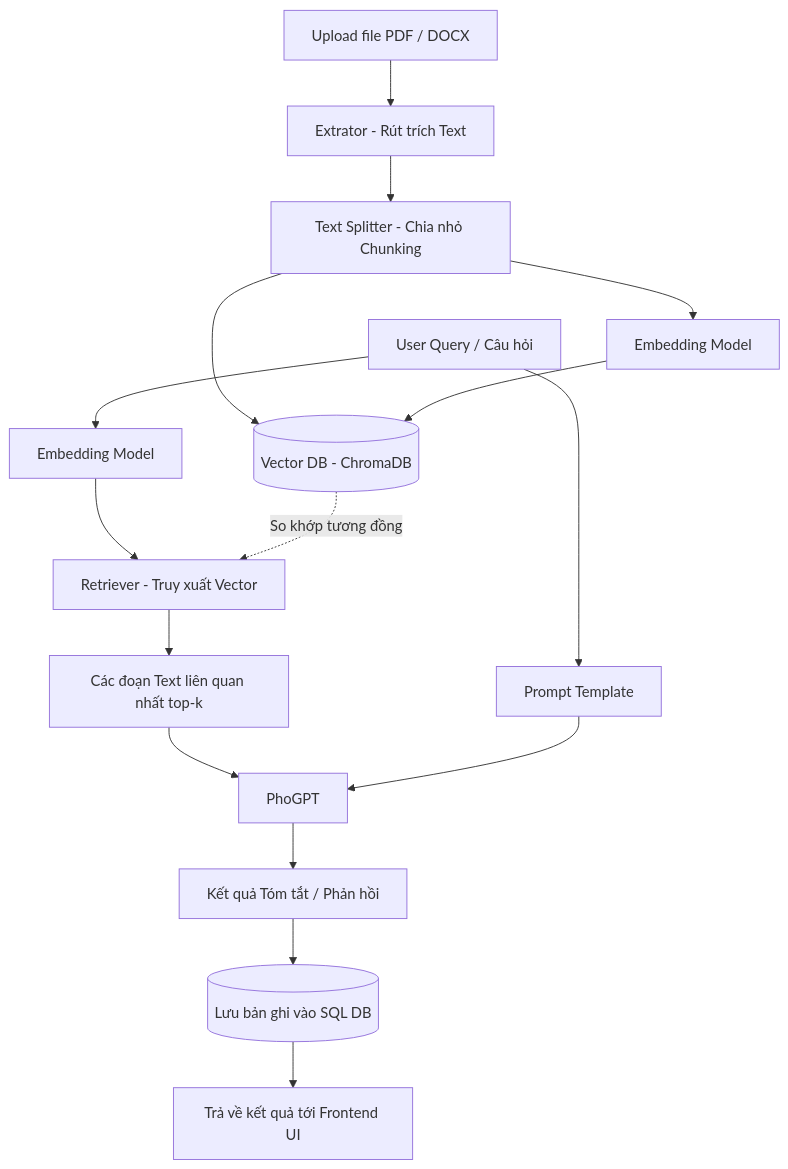
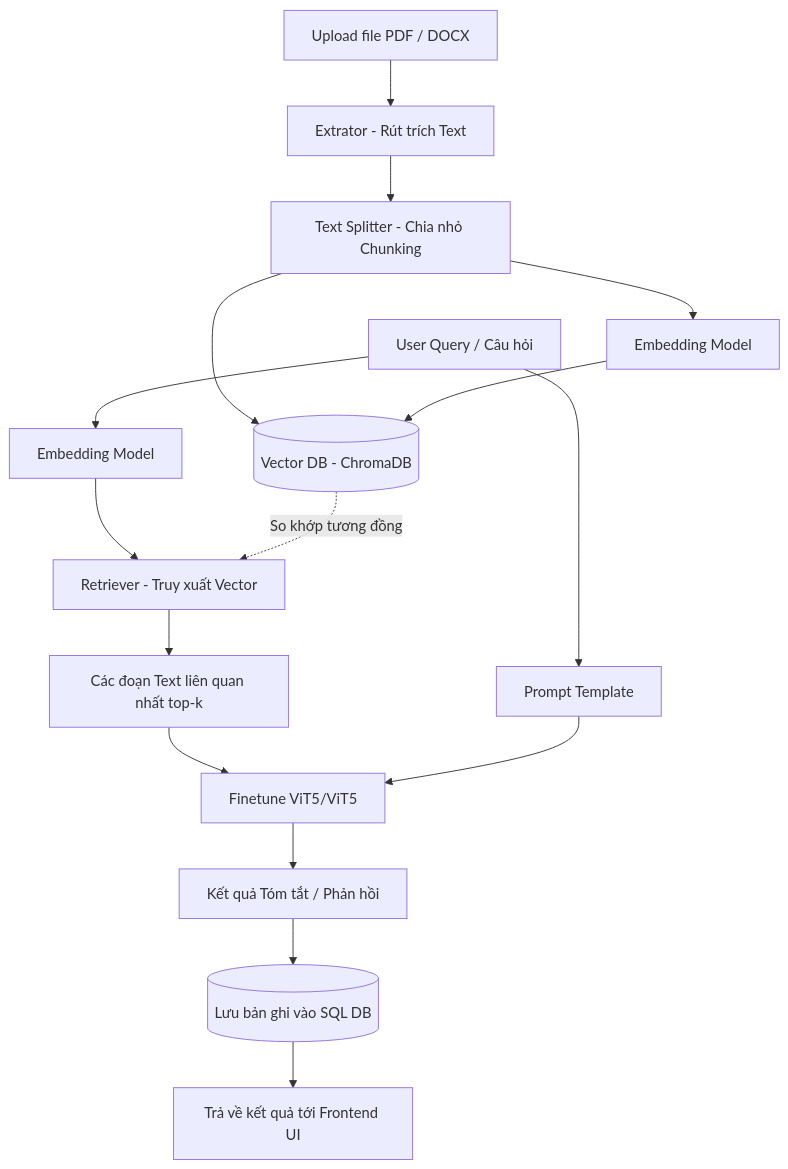
The fifth of 9 diagrams in README.md (kienng221105/Summarize-Vietnamese-Text), drawn with Mermaid before and after one commit. The commit also changed other lines of this file and 1 other file, not shown here.

````diff
--- a/README.md
+++ b/README.md
@@ -217,41 +217,41 @@
 ```mermaid
 
 flowchart TD
 
   %% Nhánh 1: Upload và lưu trữ
 
   A[Upload file PDF / DOCX] --> B[Extrator - Rút trích Text]
 
   B --> C[Text Splitter - Chia nhỏ Chunking]
 
   C --> D[Embedding Model]
 
   C --> E[(Vector DB - ChromaDB)]
 
   D --> E
 
   %% Nhánh 2: Truy vấn
 
   Q[User Query / Câu hỏi] --> QE[Embedding Model]
 
   QE --> F[Retriever - Truy xuất Vector]
 
   E -. So khớp tương đồng .-> F
 
   %% Nhánh 3: Hội tụ & Trả lời
 
   F --> G[Các đoạn Text liên quan nhất top-k]
 
-  G --> I[PhoGPT]
+  G --> I[Finetune ViT5/ViT5]
 
   H[Prompt Template] --> I
 
   Q --> H
 
   I --> J[Kết quả Tóm tắt / Phản hồi]
 
   J --> K[(Lưu bản ghi vào SQL DB)]
 
   K --> L[Trả về kết quả tới Frontend UI]
 
 ```
````
